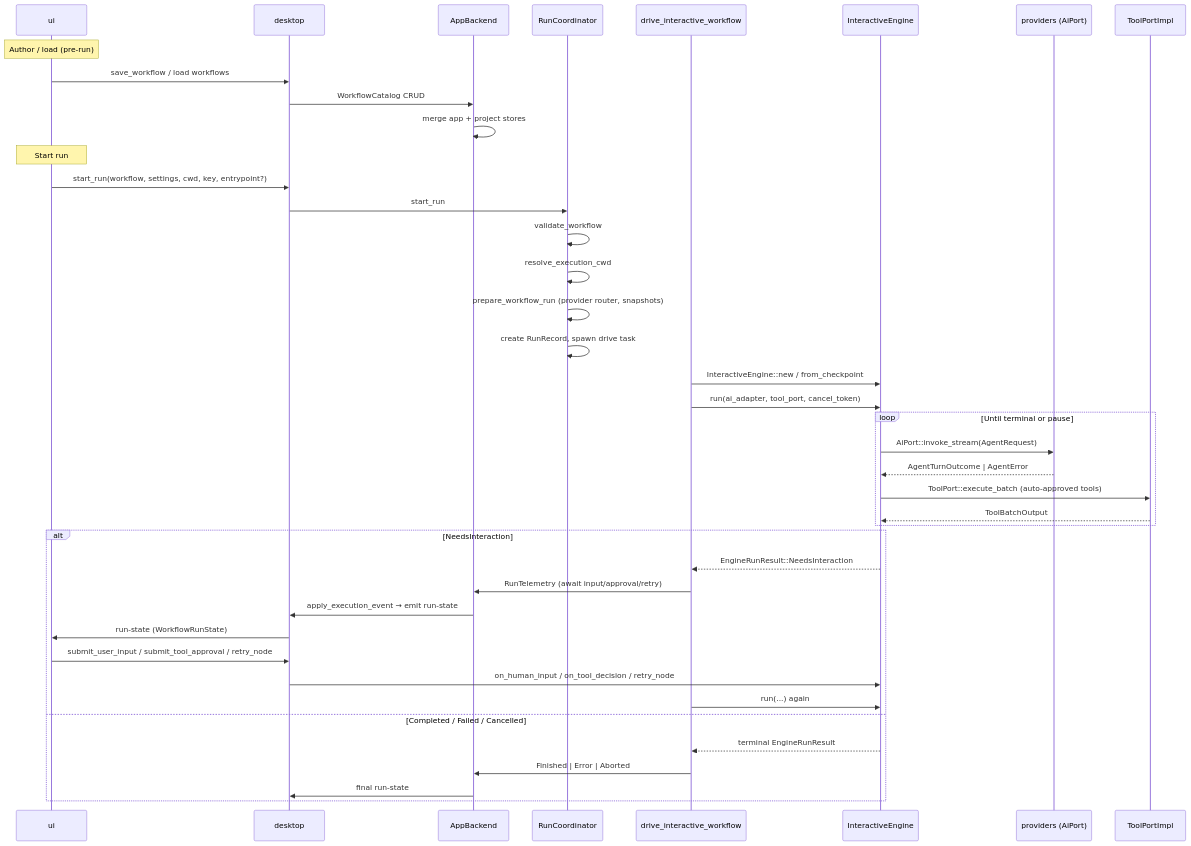
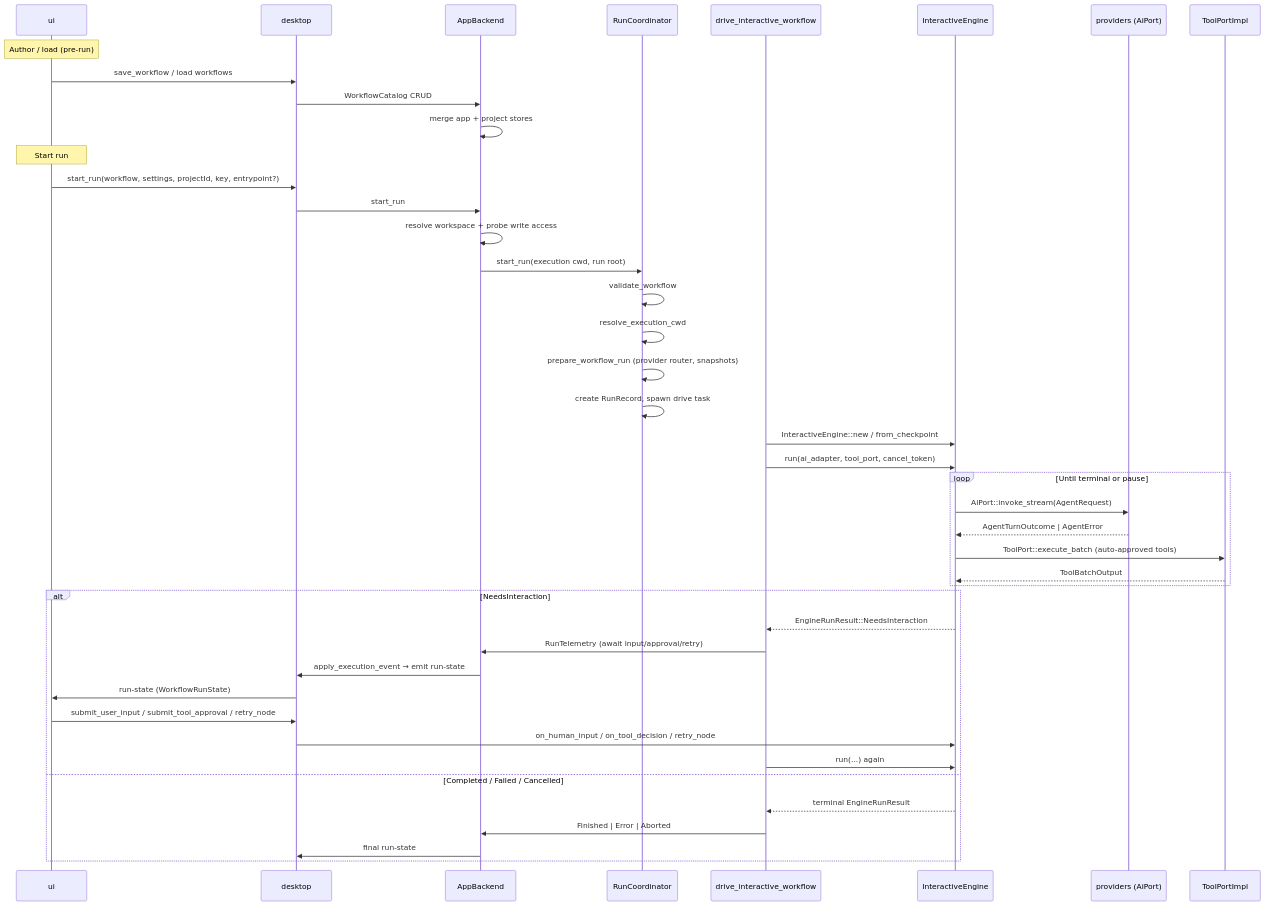
One commit to philbotar/OpenFlow changed the second of 8 diagrams in docs/architecture/end-to-end-runtime.md. Above: the diagram before and after it, drawn with Mermaid. The commit also changed other lines of this file and 128 other files, not shown here.

````diff
--- a/docs/architecture/end-to-end-runtime.md
+++ b/docs/architecture/end-to-end-runtime.md
@@ -60,47 +60,49 @@
 ```mermaid
 sequenceDiagram
     participant UI as ui
     participant DT as desktop
     participant BE as AppBackend
     participant RC as RunCoordinator
     participant DR as drive_interactive_workflow
     participant EN as InteractiveEngine
     participant PR as providers (AiPort)
     participant TP as ToolPortImpl
 
     Note over UI: Author / load (pre-run)
     UI->>DT: save_workflow / load workflows
     DT->>BE: WorkflowCatalog CRUD
     BE->>BE: merge app + project stores
 
     Note over UI: Start run
-    UI->>DT: start_run(workflow, settings, cwd, key, entrypoint?)
-    DT->>RC: start_run
+    UI->>DT: start_run(workflow, settings, projectId, key, entrypoint?)
+    DT->>BE: start_run
+    BE->>BE: resolve workspace + probe write access
+    BE->>RC: start_run(execution cwd, run root)
     RC->>RC: validate_workflow
     RC->>RC: resolve_execution_cwd
     RC->>RC: prepare_workflow_run (provider router, snapshots)
     RC->>RC: create RunRecord, spawn drive task
     DR->>EN: InteractiveEngine::new / from_checkpoint
     DR->>EN: run(ai_adapter, tool_port, cancel_token)
 
     loop Until terminal or pause
         EN->>PR: AiPort::invoke_stream(AgentRequest)
         PR-->>EN: AgentTurnOutcome | AgentError
         EN->>TP: ToolPort::execute_batch (auto-approved tools)
         TP-->>EN: ToolBatchOutput
     end
 
     alt NeedsInteraction
         EN-->>DR: EngineRunResult::NeedsInteraction
         DR->>BE: RunTelemetry (await input/approval/retry)
         BE->>DT: apply_execution_event → emit run-state
         DT->>UI: run-state (WorkflowRunState)
         UI->>DT: submit_user_input / submit_tool_approval / retry_node
         DT->>EN: on_human_input / on_tool_decision / retry_node
         DR->>EN: run(...) again
     else Completed / Failed / Cancelled
         EN-->>DR: terminal EngineRunResult
         DR->>BE: Finished | Error | Aborted
         BE->>DT: final run-state
     end
 ```
````
